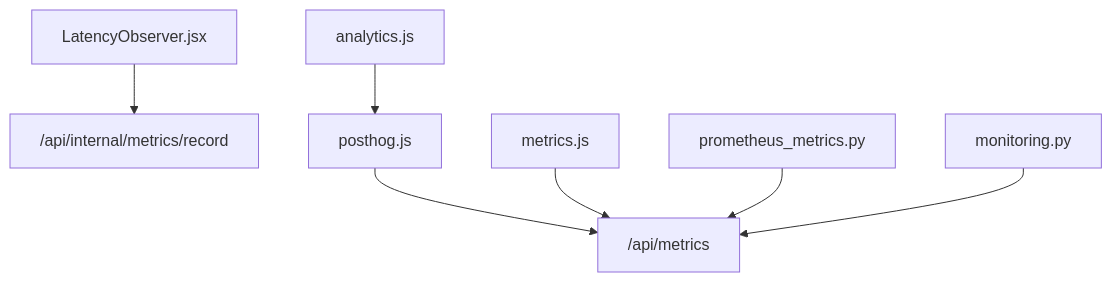
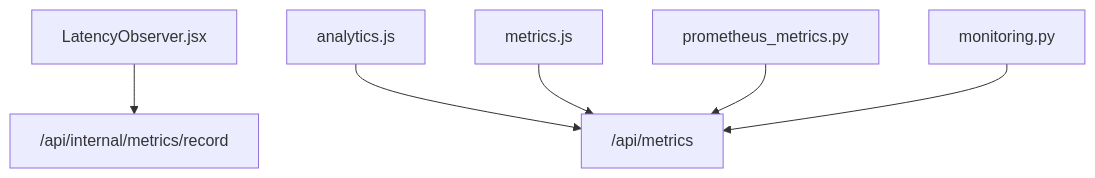
Before and after one commit to rohitkumarnaidu/ScholarFormAI: the fourth of 4 diagrams in .docs/content/Frontend Development/API Integration/Analytics & Performance Monitoring/Real User Monitoring (RUM).md, drawn with Mermaid. The commit also changed other lines of this file and 9 other files, not shown here.

````diff
--- a/.docs/content/Frontend Development/API Integration/Analytics & Performance Monitoring/Real User Monitoring (RUM).md
+++ b/.docs/content/Frontend Development/API Integration/Analytics & Performance Monitoring/Real User Monitoring (RUM).md
@@ -228,9 +208,8 @@
 ```mermaid
 graph TB
 LO["LatencyObserver.jsx"] --> APIR["/api/internal/metrics/record"]
-AN["analytics.js"] --> PH["posthog.js"]
-PH --> APIM["/api/metrics"]
+AN["analytics.js"] --> APIM["/api/metrics"]
 MET["metrics.js"] --> APIM
 PMW["prometheus_metrics.py"] --> APIM
 MMW["monitoring.py"] --> APIM
 ```
````
